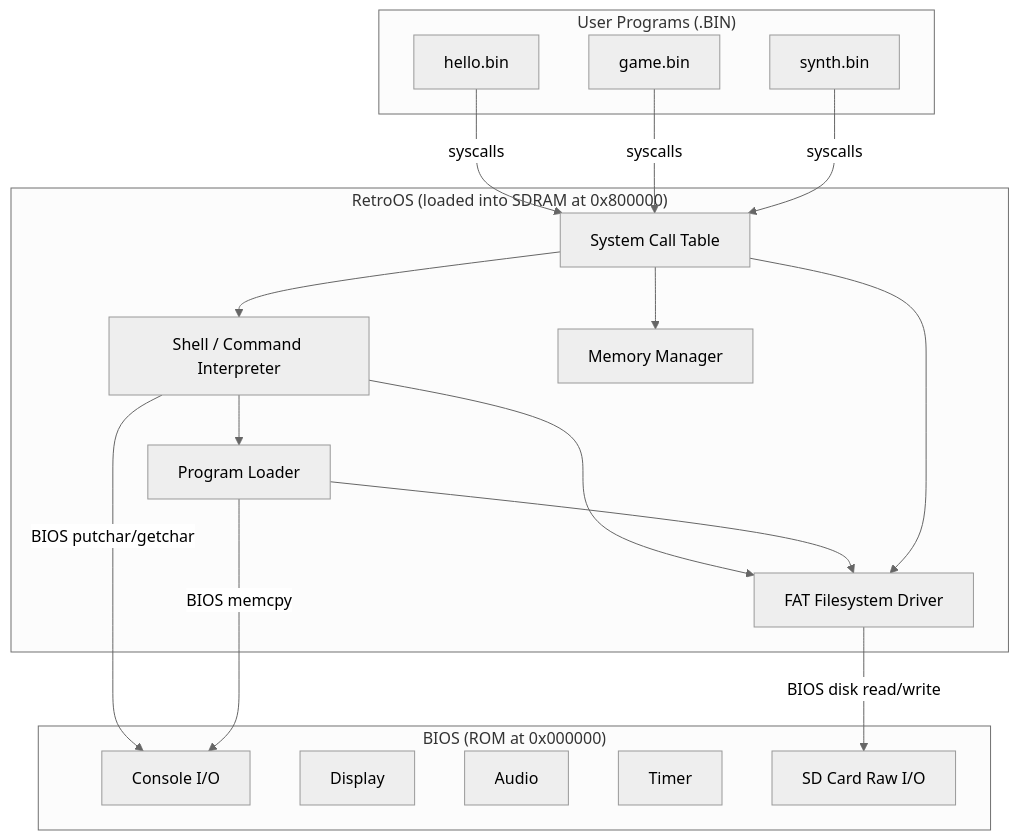
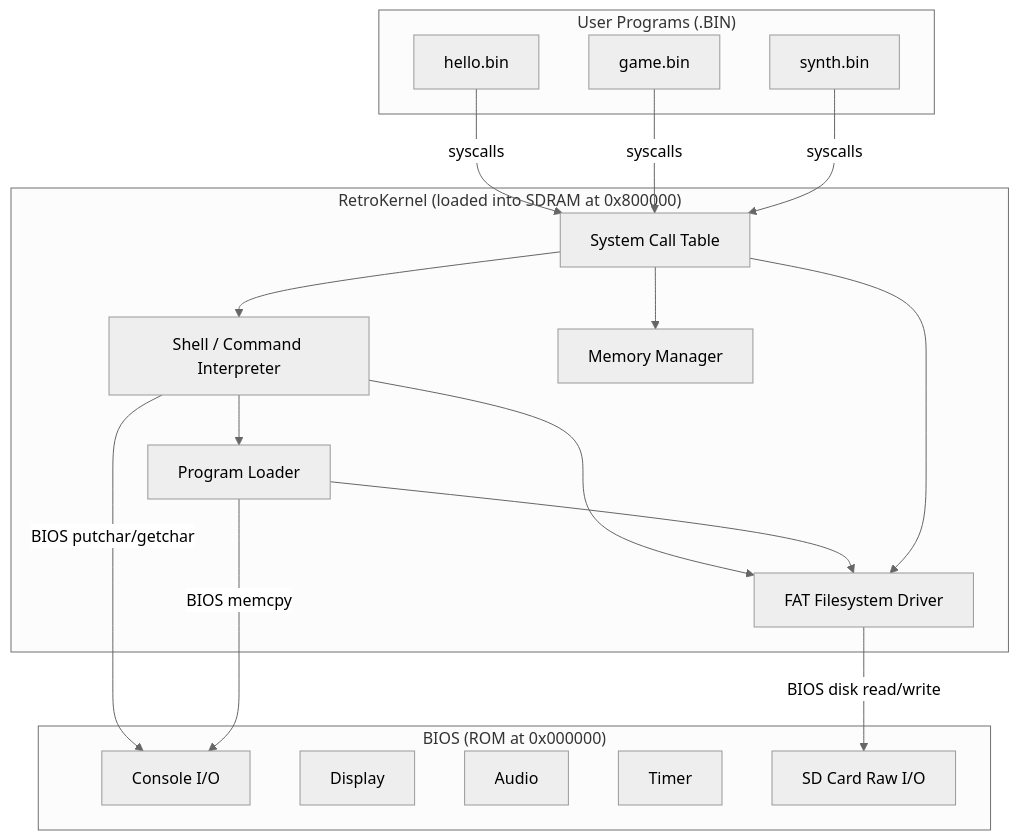
Before and after one commit to benpayne/learn-fpga: the first of 6 diagrams in docs/os-spec.md, drawn with Mermaid (neutral theme). The commit also changed other lines of this file, not shown here.

Commit message:
Rename OS to kernel, clarify BIOS/kernel/app layering

````diff
--- a/docs/os-spec.md
+++ b/docs/os-spec.md
@@ -7,33 +13,33 @@
 ```mermaid
 graph TD
     subgraph "User Programs (.BIN)"
         P1["hello.bin"]
         P2["game.bin"]
         P3["synth.bin"]
     end
-    subgraph "RetroOS (loaded into SDRAM at 0x800000)"
+    subgraph "RetroKernel (loaded into SDRAM at 0x800000)"
         SHELL["Shell / Command Interpreter"]
         FS["FAT Filesystem Driver"]
         LOADER["Program Loader"]
         SYSCALL["System Call Table"]
         MEM["Memory Manager"]
     end
     subgraph "BIOS (ROM at 0x000000)"
         BIOS_CON["Console I/O"]
         BIOS_GPU["Display"]
         BIOS_SND["Audio"]
         BIOS_TMR["Timer"]
         BIOS_SD["SD Card Raw I/O"]
     end
 
     P1 & P2 & P3 -->|"syscalls"| SYSCALL
     SHELL --> FS
     SHELL --> LOADER
     LOADER --> FS
     SYSCALL --> SHELL
     SYSCALL --> FS
     SYSCALL --> MEM
     FS -->|"BIOS disk read/write"| BIOS_SD
     SHELL -->|"BIOS putchar/getchar"| BIOS_CON
     LOADER -->|"BIOS memcpy"| BIOS_CON
 ```
````
